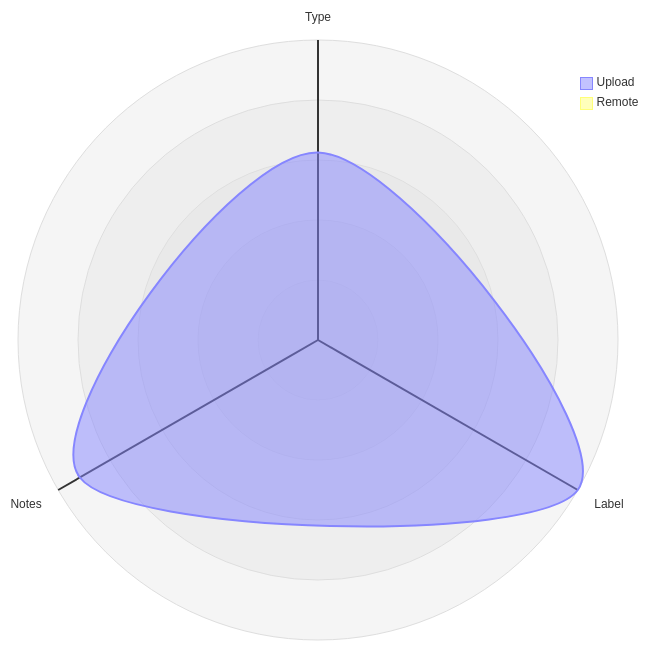
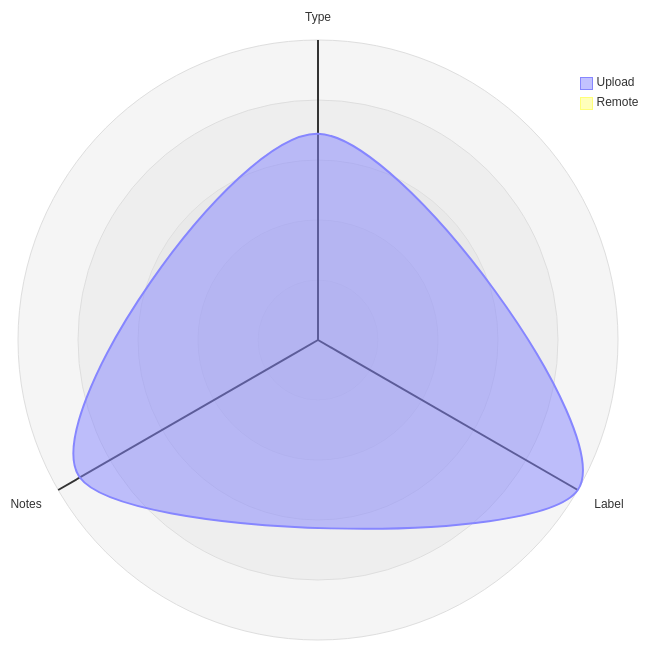
The third of 5 diagrams in datastore_tracker/README.md (open-data/analytics-corporate-reporting), drawn with Mermaid before and after one commit. The commit also changed other lines of this file and 12 other files, not shown here.

````diff
--- a/datastore_tracker/README.md
+++ b/datastore_tracker/README.md
@@ -107,12 +107,12 @@
 ```mermaid
 radar-beta
   axis T["Type"], L["Label"], N["Notes"]
-  curve u["Upload"]{0.0006, 0.00096, 0.00088}
+  curve u["Upload"]{0.00066, 0.00096, 0.00088}
   curve r["Remote"]{0, 0, 0}
 
   showLegend true
 
   min 0
   graticule circle
   ticks 5
 ```
````
